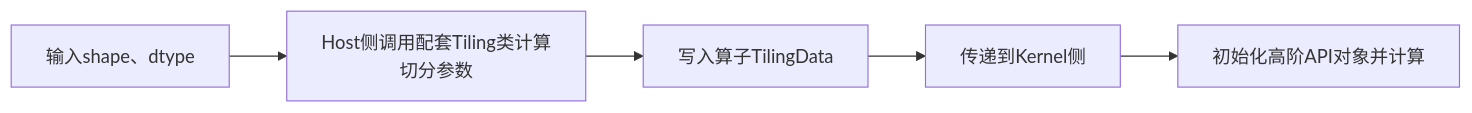
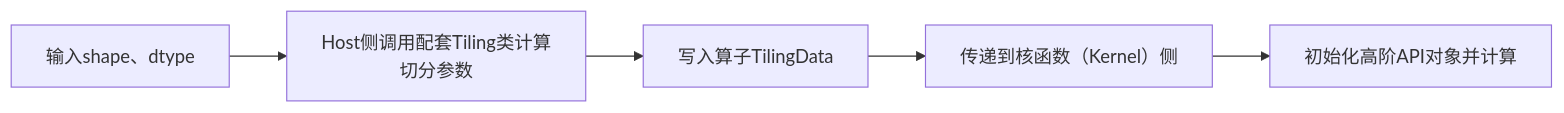
The diagram in docs/zh/guide/programming_guide/advanced_programming/aclnn_operator_development/design_and_implementation/tiling_with_advanced_api.md (hicann/asc-devkit), drawn with Mermaid before and after one commit. The commit also changed other lines of this file and 788 other files, not shown here.

````diff
--- a/docs/zh/guide/programming_guide/advanced_programming/aclnn_operator_development/design_and_implementation/tiling_with_advanced_api.md
+++ b/docs/zh/guide/programming_guide/advanced_programming/aclnn_operator_development/design_and_implementation/tiling_with_advanced_api.md
@@ -11,7 +11,7 @@
 ```mermaid
 flowchart LR
     A["输入shape、dtype"] --> B["Host侧调用配套Tiling类计算切分参数"]
     B --> C["写入算子TilingData"]
-    C --> D["传递到Kernel侧"]
+    C --> D["传递到核函数（Kernel）侧"]
     D --> E["初始化高阶API对象并计算"]
 ```
````
